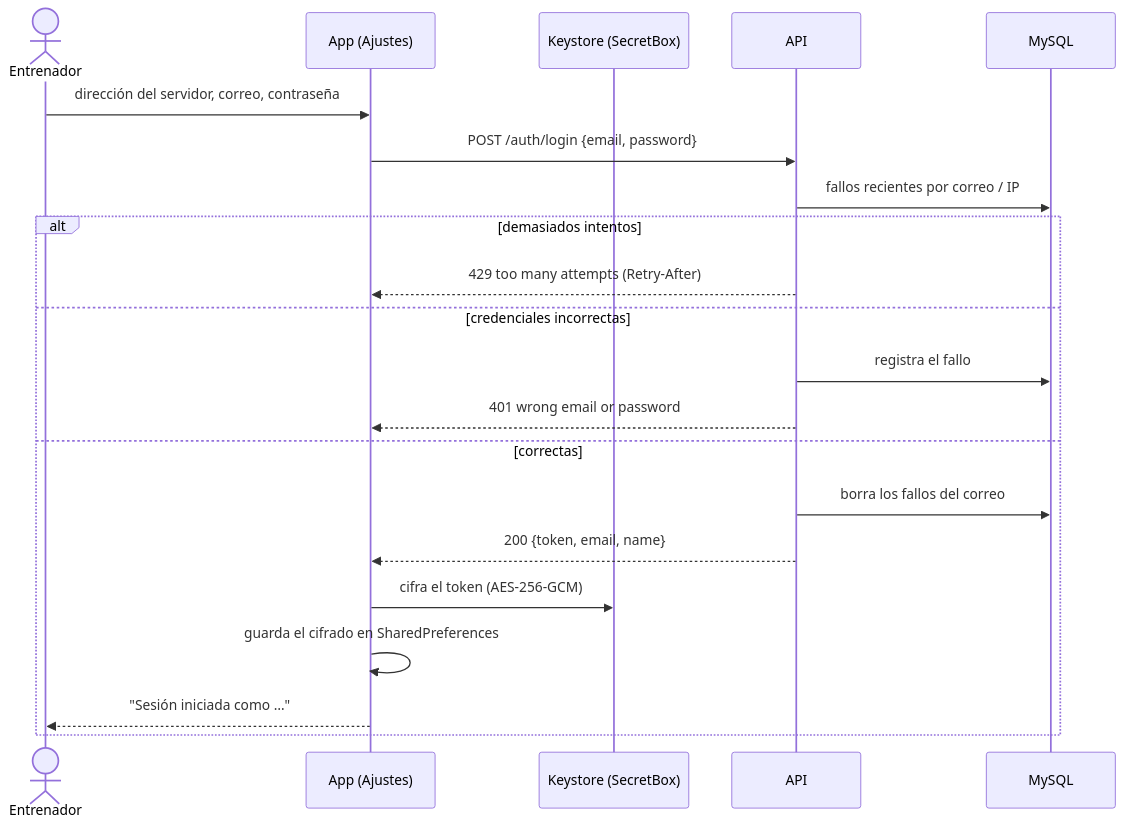
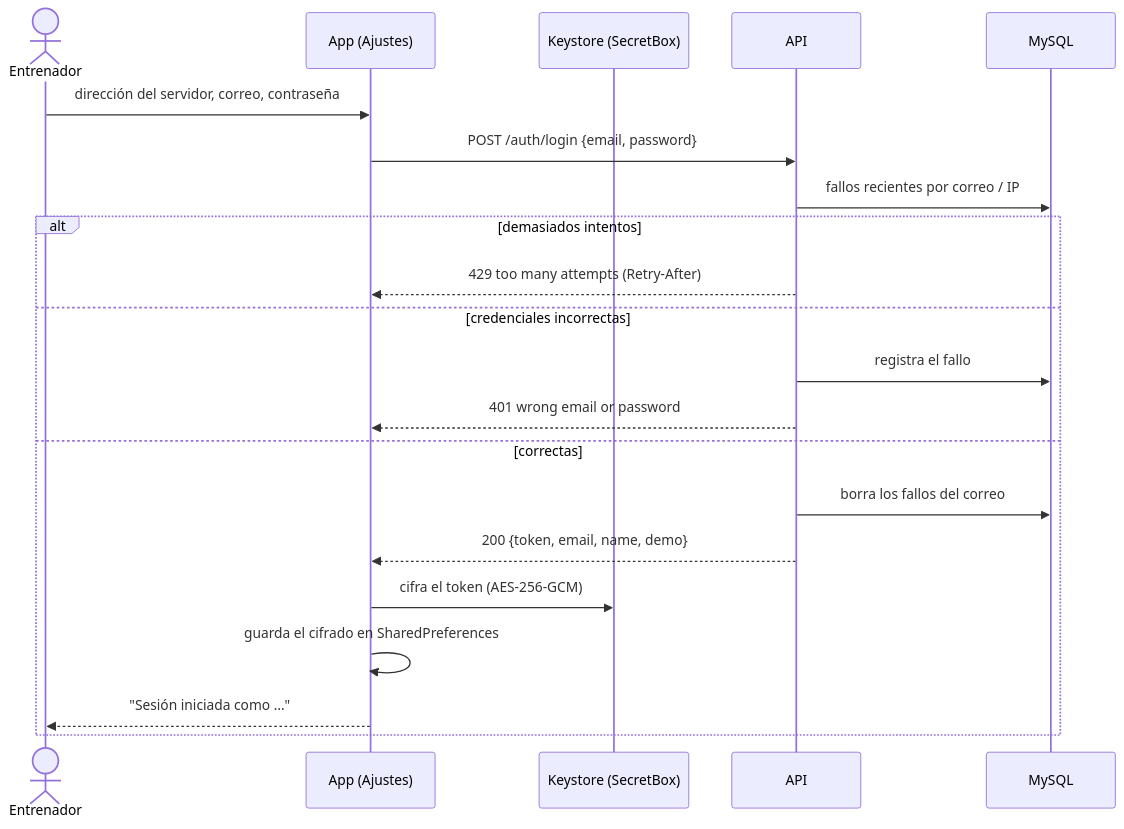
The first of 7 diagrams in docs/arquitectura/04-flujos.md (pepemxl/meta-ai-hackathon-2026), drawn with Mermaid before and after one commit. The commit also changed 4 other files, not shown here.

````diff
--- a/docs/arquitectura/04-flujos.md
+++ b/docs/arquitectura/04-flujos.md
@@ -7,24 +7,24 @@
 ```mermaid
 sequenceDiagram
     actor E as Entrenador
     participant A as App (Ajustes)
     participant K as Keystore (SecretBox)
     participant API as API
     participant DB as MySQL
 
     E->>A: dirección del servidor, correo, contraseña
     A->>API: POST /auth/login {email, password}
     API->>DB: fallos recientes por correo / IP
     alt demasiados intentos
         API-->>A: 429 too many attempts (Retry-After)
     else credenciales incorrectas
         API->>DB: registra el fallo
         API-->>A: 401 wrong email or password
     else correctas
         API->>DB: borra los fallos del correo
-        API-->>A: 200 {token, email, name}
+        API-->>A: 200 {token, email, name, demo}
         A->>K: cifra el token (AES-256-GCM)
         A->>A: guarda el cifrado en SharedPreferences
         A-->>E: "Sesión iniciada como …"
     end
 ```
````
